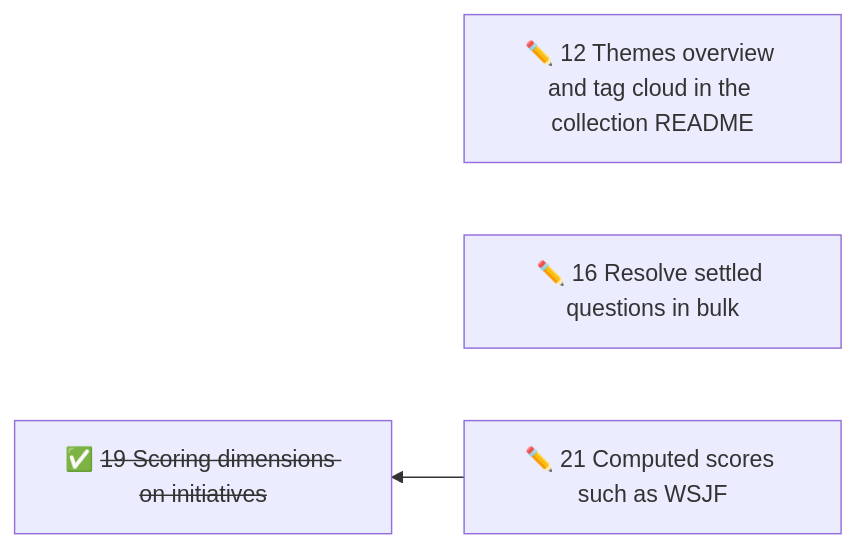
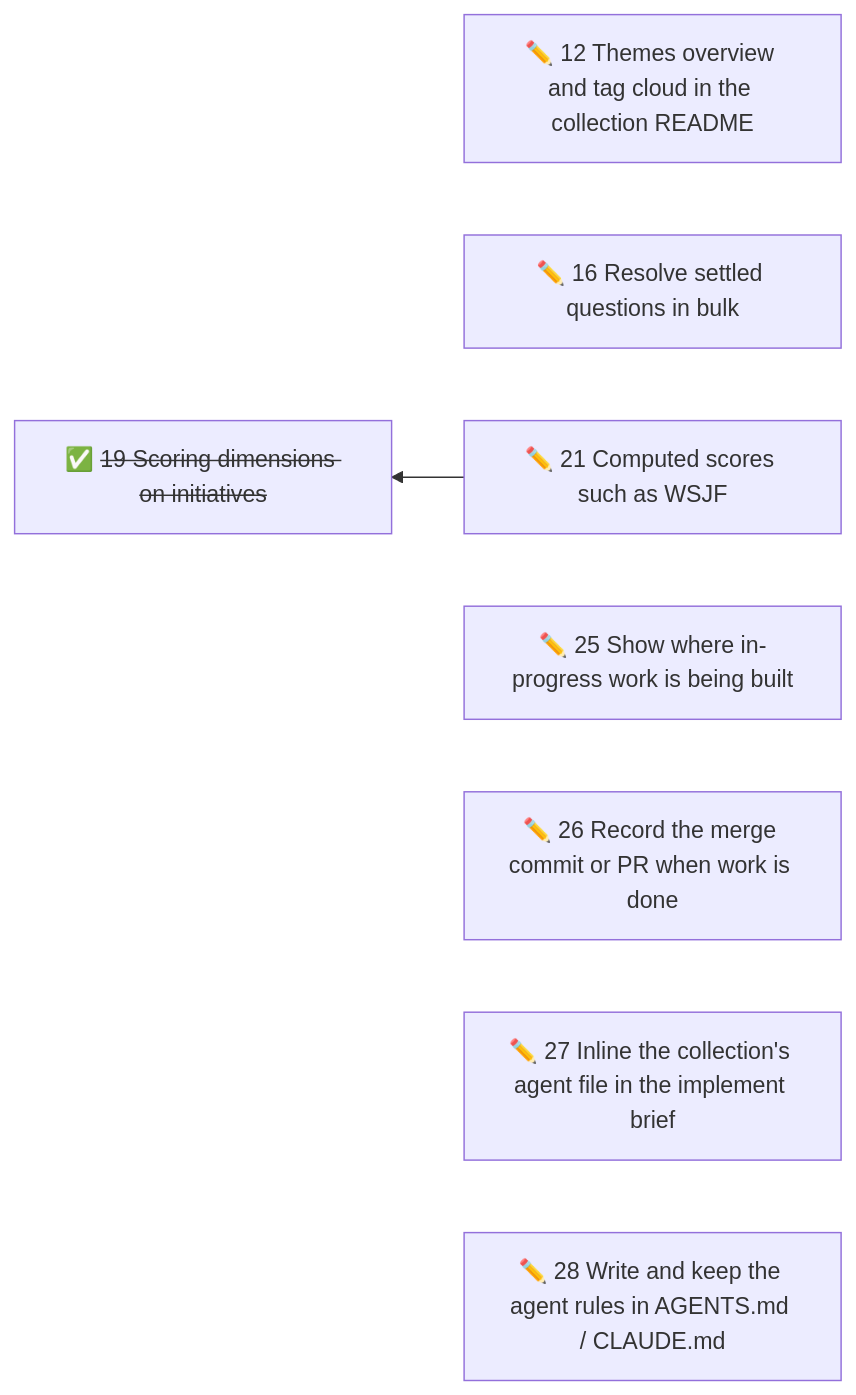
Before and after one commit to duckAsteroid/brindley: the diagram in initiatives/README.md, drawn with Mermaid. The commit also changed other lines of this file and 6 other files, not shown here.

````diff
--- a/initiatives/README.md
+++ b/initiatives/README.md
@@ -32,8 +36,12 @@
 ```mermaid
 flowchart RL
   n12["✏️ 12 Themes overview and tag cloud in the collection README"]
   n16["✏️ 16 Resolve settled questions in bulk"]
   n21["✏️ 21 Computed scores such as WSJF"]
+  n25["✏️ 25 Show where in-progress work is being built"]
+  n26["✏️ 26 Record the merge commit or PR when work is done"]
+  n27["✏️ 27 Inline the collection's agent file in the implement brief"]
+  n28["✏️ 28 Write and keep the agent rules in AGENTS.md / CLAUDE.md"]
   n19["✅ <s>19 Scoring dimensions on initiatives</s>"]
   n21 --> n19
 ```
````
